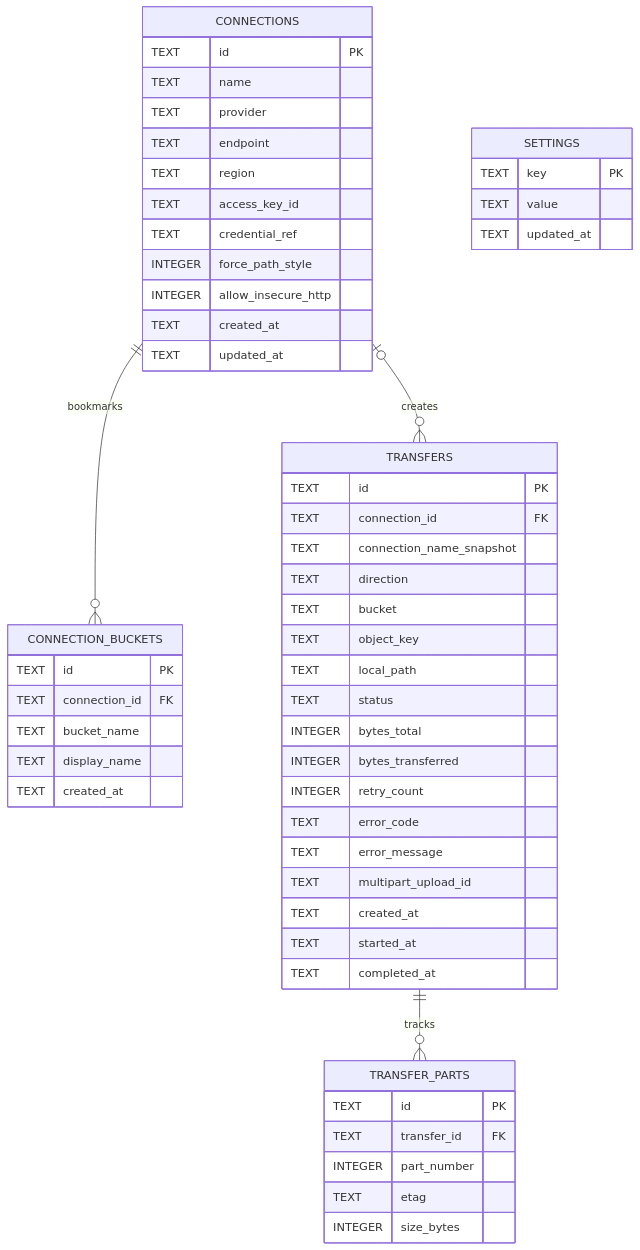
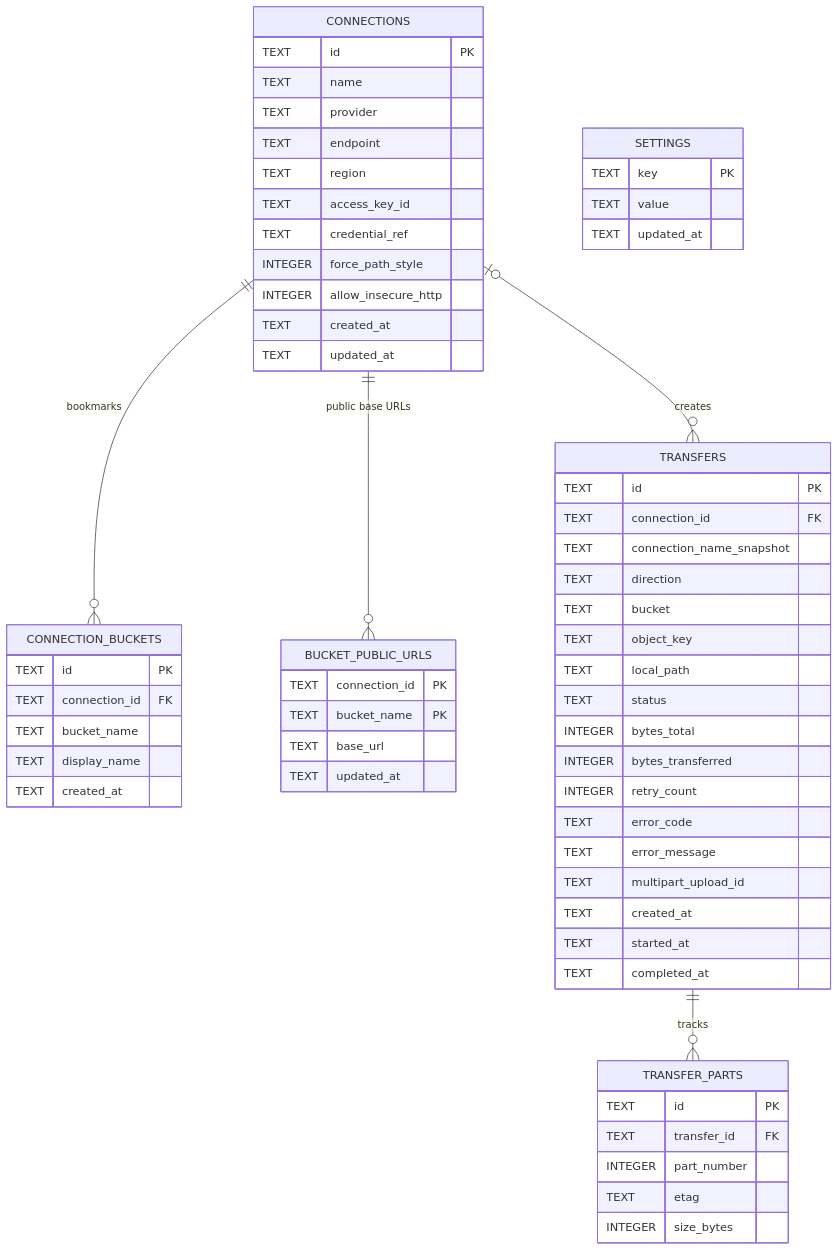
One commit to okriiza/Bucklane changed the diagram in docs/database_design.md. Above: the diagram before and after it, drawn with Mermaid. The commit also changed other lines of this file and 28 other files, not shown here.

First line of the commit message:
feat: copy public URLs and edit object metadata

````diff
--- a/docs/database_design.md
+++ b/docs/database_design.md
@@ -44,62 +44,70 @@
 ```mermaid
 erDiagram
     CONNECTIONS ||--o{ CONNECTION_BUCKETS : bookmarks
+    CONNECTIONS ||--o{ BUCKET_PUBLIC_URLS : "public base URLs"
     CONNECTIONS o|--o{ TRANSFERS : creates
     TRANSFERS ||--o{ TRANSFER_PARTS : tracks
 
     CONNECTIONS {
         TEXT id PK
         TEXT name
         TEXT provider
         TEXT endpoint
         TEXT region
         TEXT access_key_id
         TEXT credential_ref
         INTEGER force_path_style
         INTEGER allow_insecure_http
         TEXT created_at
         TEXT updated_at
     }
 
     CONNECTION_BUCKETS {
         TEXT id PK
         TEXT connection_id FK
         TEXT bucket_name
         TEXT display_name
         TEXT created_at
+    }
+
+    BUCKET_PUBLIC_URLS {
+        TEXT connection_id PK
+        TEXT bucket_name PK
+        TEXT base_url
+        TEXT updated_at
     }
 
     TRANSFERS {
         TEXT id PK
         TEXT connection_id FK
         TEXT connection_name_snapshot
         TEXT direction
         TEXT bucket
         TEXT object_key
         TEXT local_path
         TEXT status
         INTEGER bytes_total
         INTEGER bytes_transferred
         INTEGER retry_count
         TEXT error_code
         TEXT error_message
         TEXT multipart_upload_id
         TEXT created_at
         TEXT started_at
         TEXT completed_at
     }
 
     TRANSFER_PARTS {
         TEXT id PK
         TEXT transfer_id FK
         INTEGER part_number
         TEXT etag
         INTEGER size_bytes
     }
 
     SETTINGS {
         TEXT key PK
         TEXT value
         TEXT updated_at
     }
 ```
````
